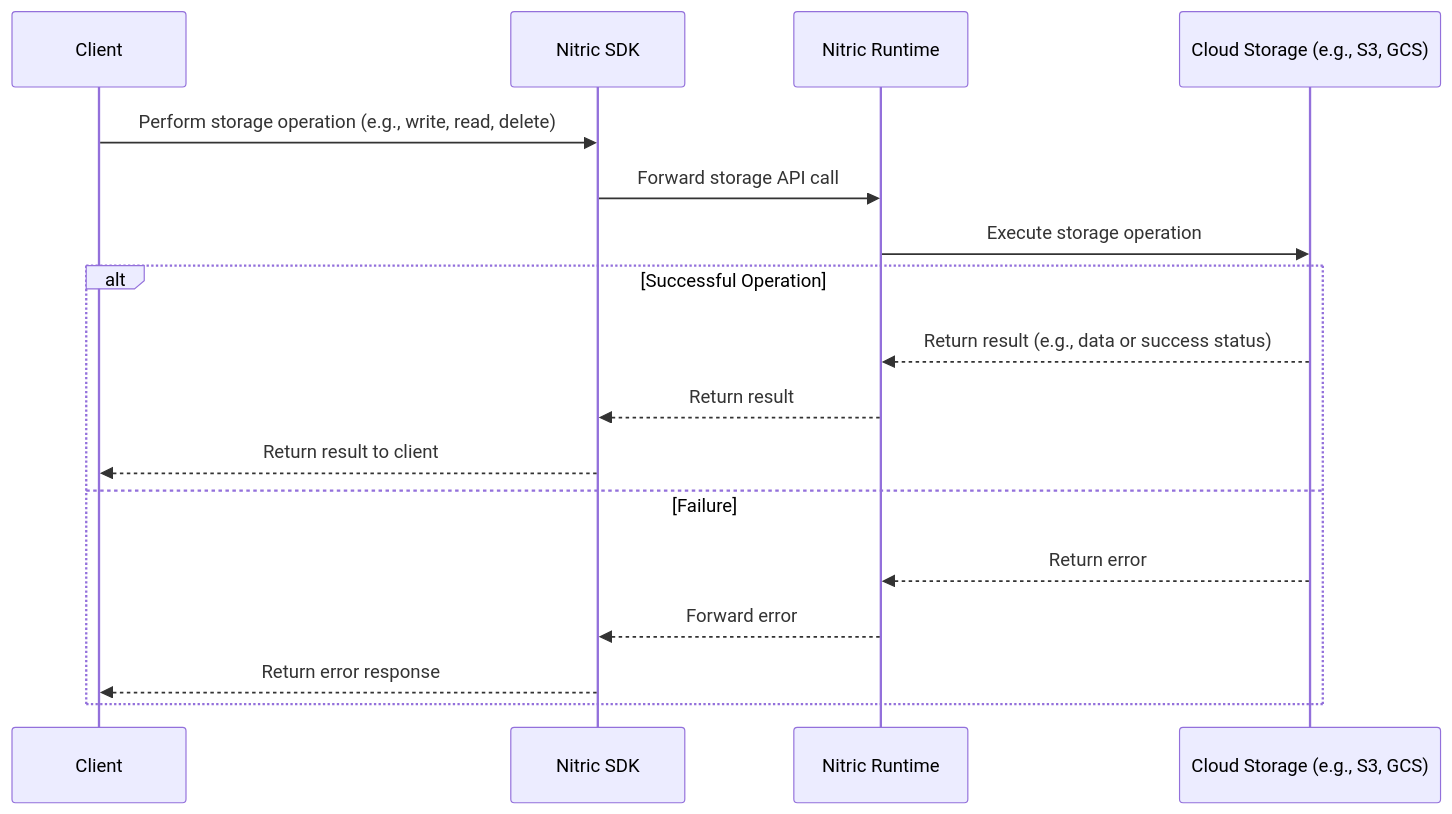
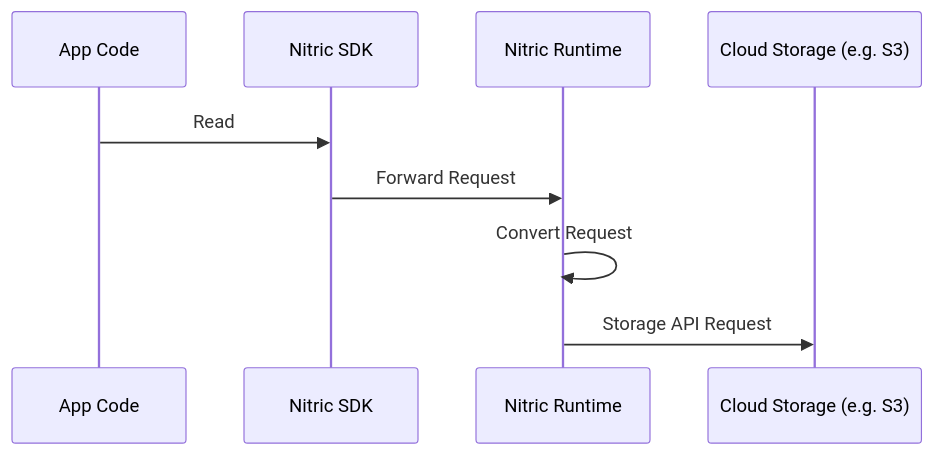
Before and after one commit to nitrictech/docs: the fourth of 4 diagrams in docs/architecture/buckets.mdx, drawn with Mermaid. The commit also changed other lines of this file, not shown here.

Commit message:
update storage sequence diagrams

````diff
--- a/docs/architecture/buckets.mdx
+++ b/docs/architecture/buckets.mdx
@@ -88,21 +120,12 @@
 ```mermaid
 sequenceDiagram
-    participant Client as Client
-    participant NitricSDK as Nitric SDK
-    participant NitricRuntime as Nitric Runtime
-    participant CloudStorage as Cloud Storage (e.g., S3, GCS)
+    participant Client as App Code
+    participant SDK as Nitric SDK
+    participant Nitric as Nitric Runtime
+    participant CloudAPI as Cloud Storage (e.g. S3)
 
-    Client->>NitricSDK: Perform storage operation (e.g., write, read, delete)
-    NitricSDK->>NitricRuntime: Forward storage API call
-    NitricRuntime->>CloudStorage: Execute storage operation
-
-    alt Successful Operation
-        CloudStorage-->>NitricRuntime: Return result (e.g., data or success status)
-        NitricRuntime-->>NitricSDK: Return result
-        NitricSDK-->>Client: Return result to client
-    else Failure
-        CloudStorage-->>NitricRuntime: Return error
-        NitricRuntime-->>NitricSDK: Forward error
-        NitricSDK-->>Client: Return error response
-    end
+    Client->>SDK: Read
+    SDK->>Nitric: Forward Request
+    Nitric->>Nitric: Convert Request
+    Nitric->>CloudAPI: Storage API Request
 ```
````
